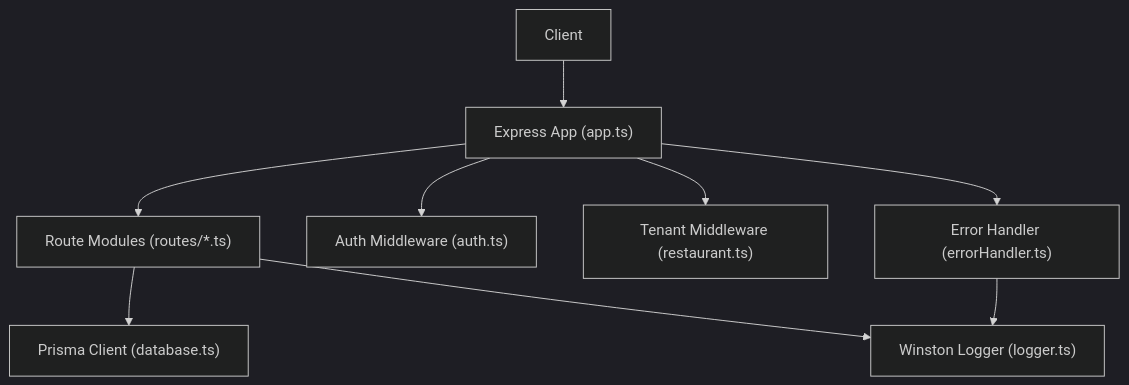
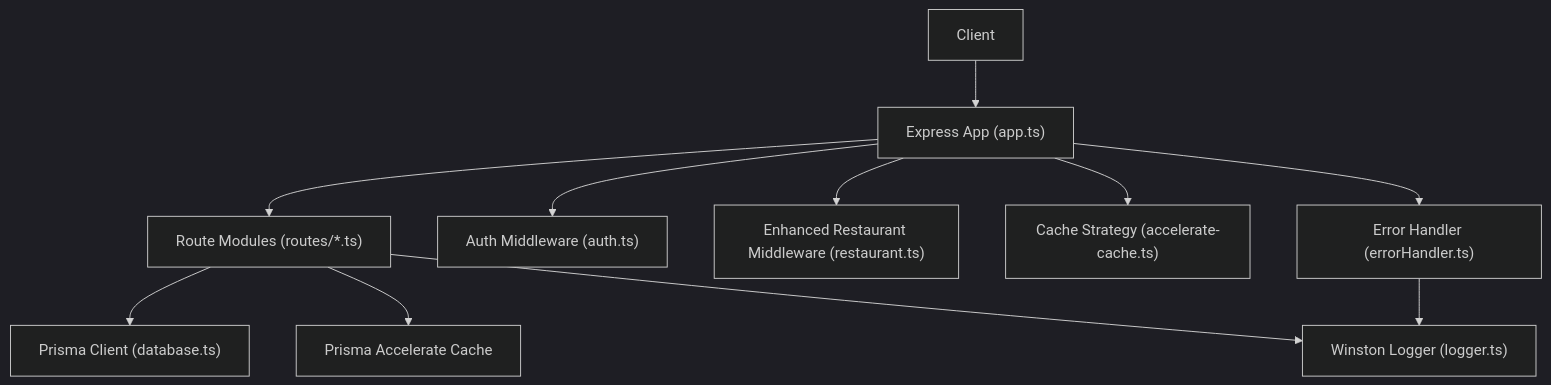
The second of 11 diagrams in .qoder/repowiki/en/content/Backend System/Backend Architecture.md (Dequeue-Tech/DeQ-Bite), drawn with Mermaid (dark theme) before and after one commit. The commit also changed other lines of this file and 25 other files, not shown here.

````diff
--- a/.qoder/repowiki/en/content/Backend System/Backend Architecture.md
+++ b/.qoder/repowiki/en/content/Backend System/Backend Architecture.md
@@ -108,19 +121,23 @@
 ```mermaid
 graph TB
 Client["Client"]
 ExpressApp["Express App (app.ts)"]
 DB["Prisma Client (database.ts)"]
+Cache["Prisma Accelerate Cache"]
 Logger["Winston Logger (logger.ts)"]
 ErrorHandler["Error Handler (errorHandler.ts)"]
 AuthMW["Auth Middleware (auth.ts)"]
-RestMW["Tenant Middleware (restaurant.ts)"]
+RestMW["Enhanced Restaurant Middleware (restaurant.ts)"]
+CacheMW["Cache Strategy (accelerate-cache.ts)"]
 Routes["Route Modules (routes/*.ts)"]
 Client --> ExpressApp
 ExpressApp --> AuthMW
 ExpressApp --> RestMW
+ExpressApp --> CacheMW
 ExpressApp --> Routes
 Routes --> DB
+Routes --> Cache
 Routes --> Logger
 ExpressApp --> ErrorHandler
 ErrorHandler --> Logger
 ```
````
